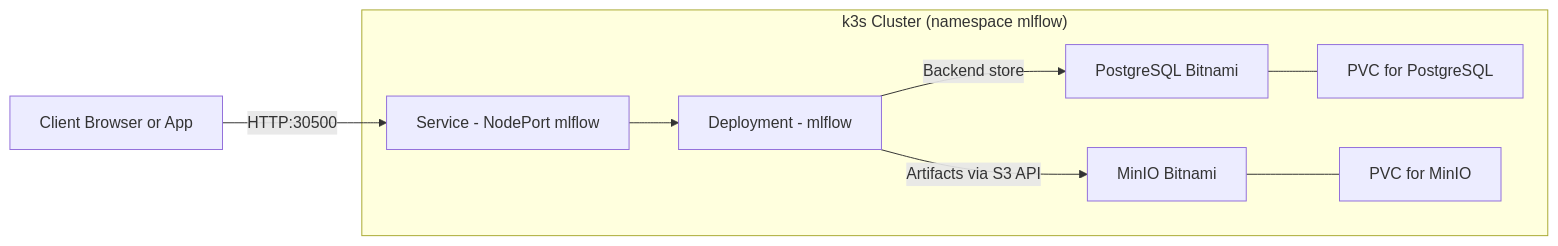
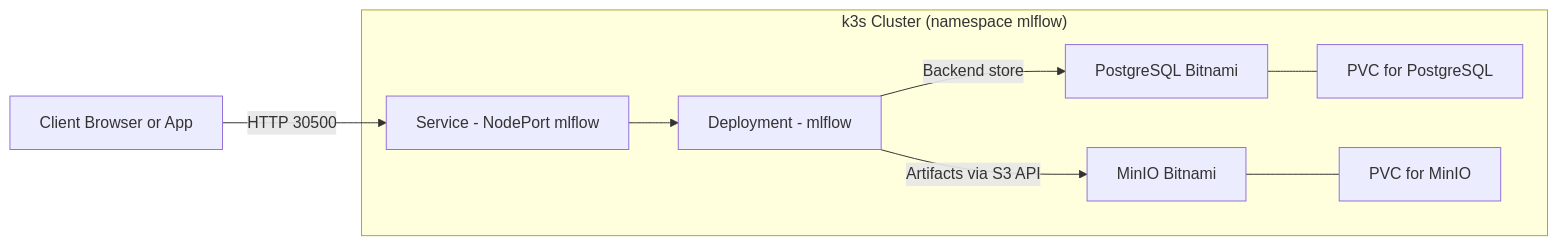
One commit to AI-Governance-Lab/k8s-mlfow-demo changed the diagram in README.md. Above: the diagram before and after it, drawn with Mermaid. The commit also changed other lines of this file and 5 other files, not shown here.

````diff
--- a/README.md
+++ b/README.md
@@ -79,19 +143,19 @@
 ```mermaid
 flowchart LR
-  U["Client Browser or App"] -->|HTTP:30500| SVC["Service - NodePort mlflow"]
+  U["Client Browser or App"] -->|HTTP 30500| SVC["Service - NodePort mlflow"]
   SVC --> POD["Deployment - mlflow"]
   POD -->|Backend store| PG["PostgreSQL Bitnami"]
   POD -->|Artifacts via S3 API| MINIO["MinIO Bitnami"]
 
   subgraph "k3s Cluster (namespace mlflow)"
     SVC
     POD
     PG
     MINIO
     PVCpg["PVC for PostgreSQL"]
     PVCminio["PVC for MinIO"]
   end
 
   PG --- PVCpg
   MINIO --- PVCminio
 ```
````
